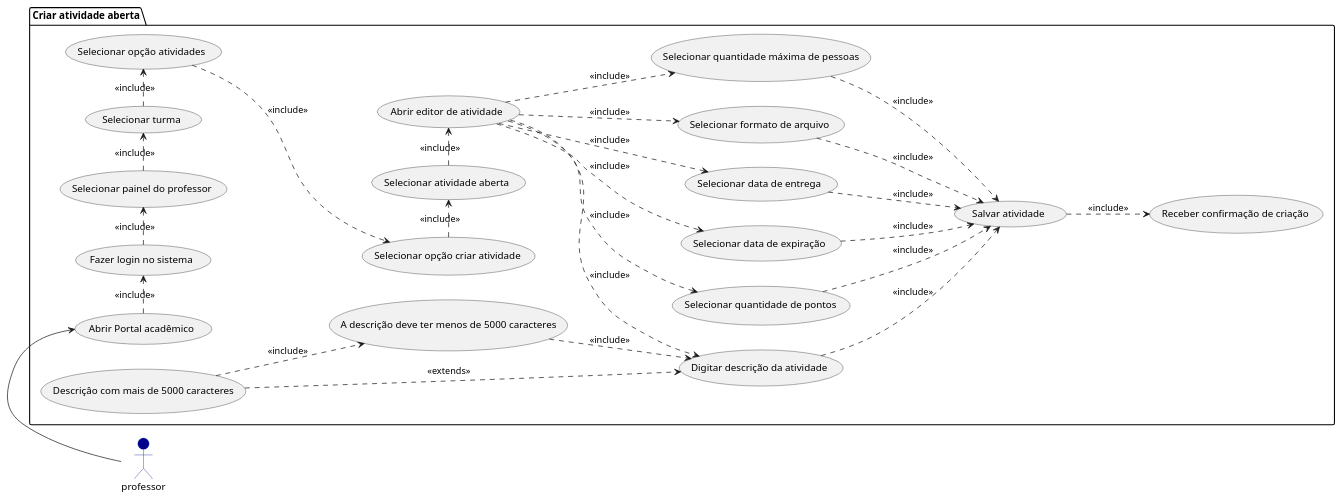
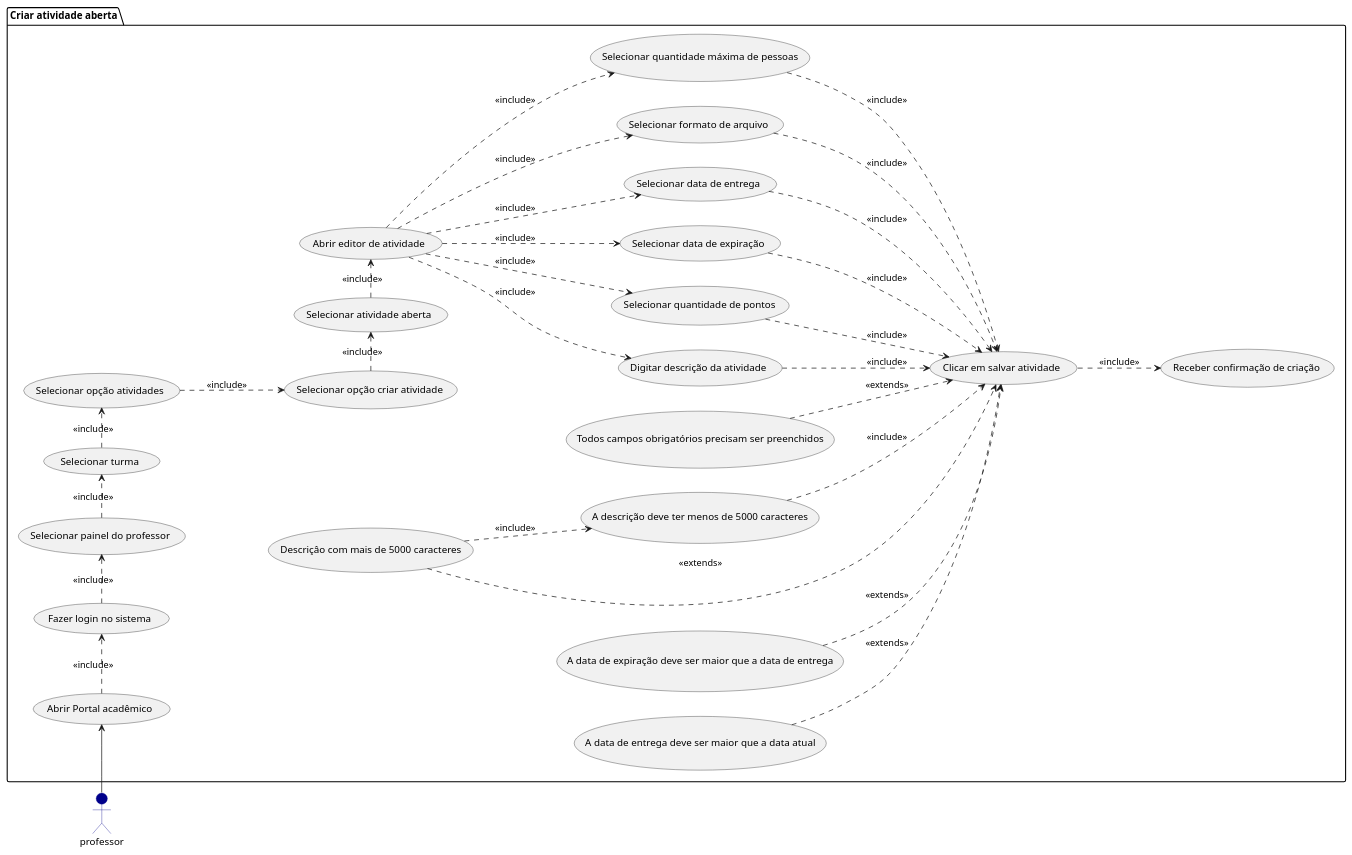
One commit to GMNDS/academy changed the diagram in docs/Diagramas/Professor/cria_atividade_aberta.plantuml. Above: the diagram before and after it, drawn with PlantUML.

```diff
--- a/docs/Diagramas/Professor/cria_atividade_aberta.plantuml
+++ b/docs/Diagramas/Professor/cria_atividade_aberta.plantuml
@@ -1,62 +1,70 @@
-@startuml
+@startuml "Cria atividade aberta"
 skinparam actorBackgroundColor #darkblue
 skinparam actorBorderColor #darkblue
 left to right direction
 
 actor professor
 
 package "Criar atividade aberta" {
     usecase "Abrir Portal acadêmico" as CAA1
     usecase "Fazer login no sistema" as CAA2
     usecase "Selecionar painel do professor" as CAA3 
     usecase "Selecionar turma" as CAA4
     usecase "Selecionar opção atividades" as CAA5
     usecase "Selecionar opção criar atividade" as CAA6
     usecase "Selecionar atividade aberta" as CAA7
     usecase "Abrir editor de atividade" as CAA8
     usecase "Digitar descrição da atividade" as CAA9
     usecase "Selecionar quantidade de pontos" as CAA10
     usecase "Selecionar data de expiração" as CAA11
     usecase "Selecionar data de entrega" as CAA12
     usecase "Selecionar formato de arquivo" as CAA13
     usecase "Selecionar quantidade máxima de pessoas" as CAA14
-    usecase "Salvar atividade" as CAA15
+    usecase "Clicar em salvar atividade" as CAA15
     usecase "Receber confirmação de criação" as CAA16
 
+    usecase "Todos campos obrigatórios precisam ser preenchidos" as ECAA8.1
     usecase "Descriçâo com mais de 5000 caracteres" as ECAA9.1
     usecase "A descrição deve ter menos de 5000 caracteres" as ECAA9.2
+    usecase "A data de expiração deve ser maior que a data de entrega" as ECAA11.1
+    usecase "A data de entrega deve ser maior que a data atual" as ECAA11.2
+    
 
 
 
 
 }
 
 professor -> CAA1
 CAA1 -right.> CAA2 : <<include>>
 CAA2 -right.> CAA3 : <<include>>
 CAA3 -right.> CAA4 : <<include>>
 CAA4 -right.> CAA5 : <<include>>
 CAA5 -down.> CAA6 : <<include>>
 CAA6 -right.> CAA7 : <<include>>
 CAA7 -right.> CAA8 : <<include>>
 CAA8 -.> CAA9  : <<include>>
 CAA8 -.> CAA10 : <<include>>
 CAA8 -.> CAA11 : <<include>>
 CAA8 -.> CAA12 : <<include>>
 CAA8 -.> CAA13 : <<include>>
 CAA8 -.> CAA14 : <<include>>
 
-ECAA9.1 -.> CAA9 : <<extends>>
-ECAA9.1 -.> ECAA9.2 : <<include>>
-ECAA9.2 -.> CAA9 : <<include>>
+ECAA8.1 -down.> CAA15 : <<extends>>
+ECAA9.1 -down.> CAA15 : <<extends>>
+ECAA9.1 -down.> ECAA9.2 : <<include>>
+ECAA9.2 -.> CAA15 : <<include>>
+ECAA11.1 -.> CAA15 : <<extends>>
+ECAA11.2 -.> CAA15 : <<extends>>
+
 
 CAA9 -.> CAA15 : <<include>>
 CAA10 -.> CAA15 : <<include>>
 CAA11 -.> CAA15 : <<include>>
 CAA12 -.> CAA15 : <<include>>
 CAA13 -.> CAA15 : <<include>>
 CAA14 -.> CAA15 : <<include>>
 
 
 CAA15 -.> CAA16 : <<include>>
 @enduml
```
